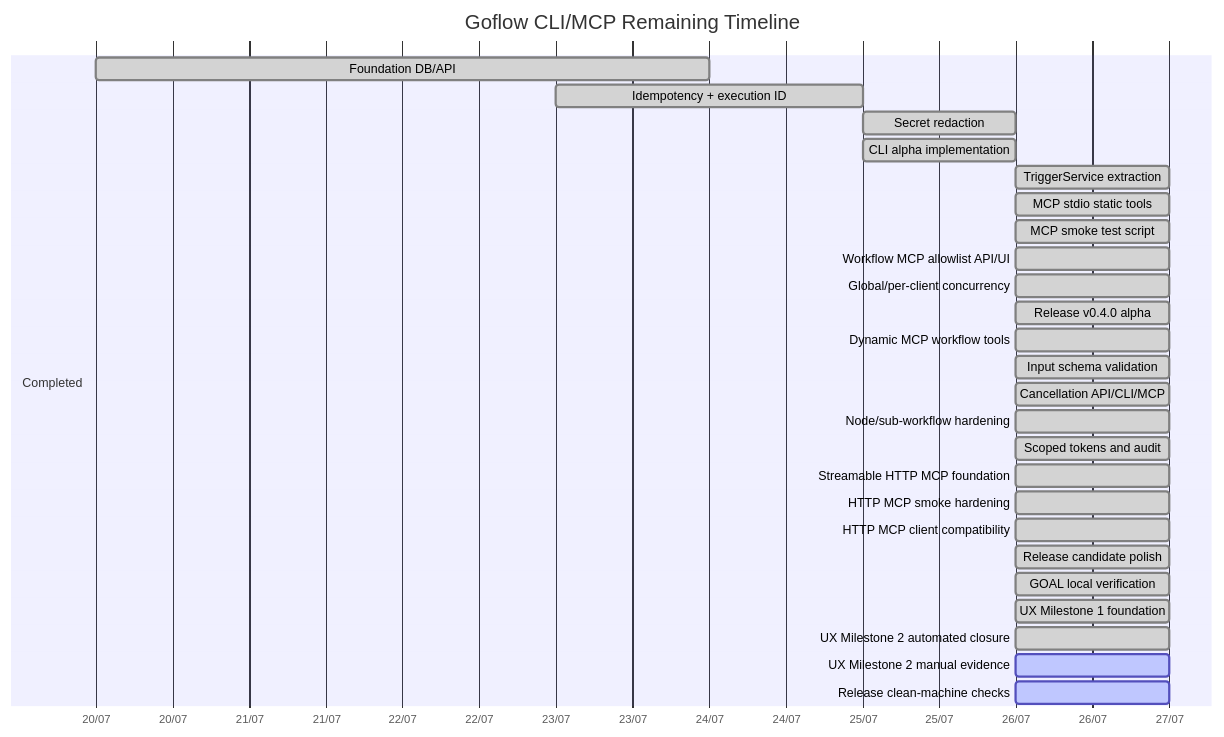
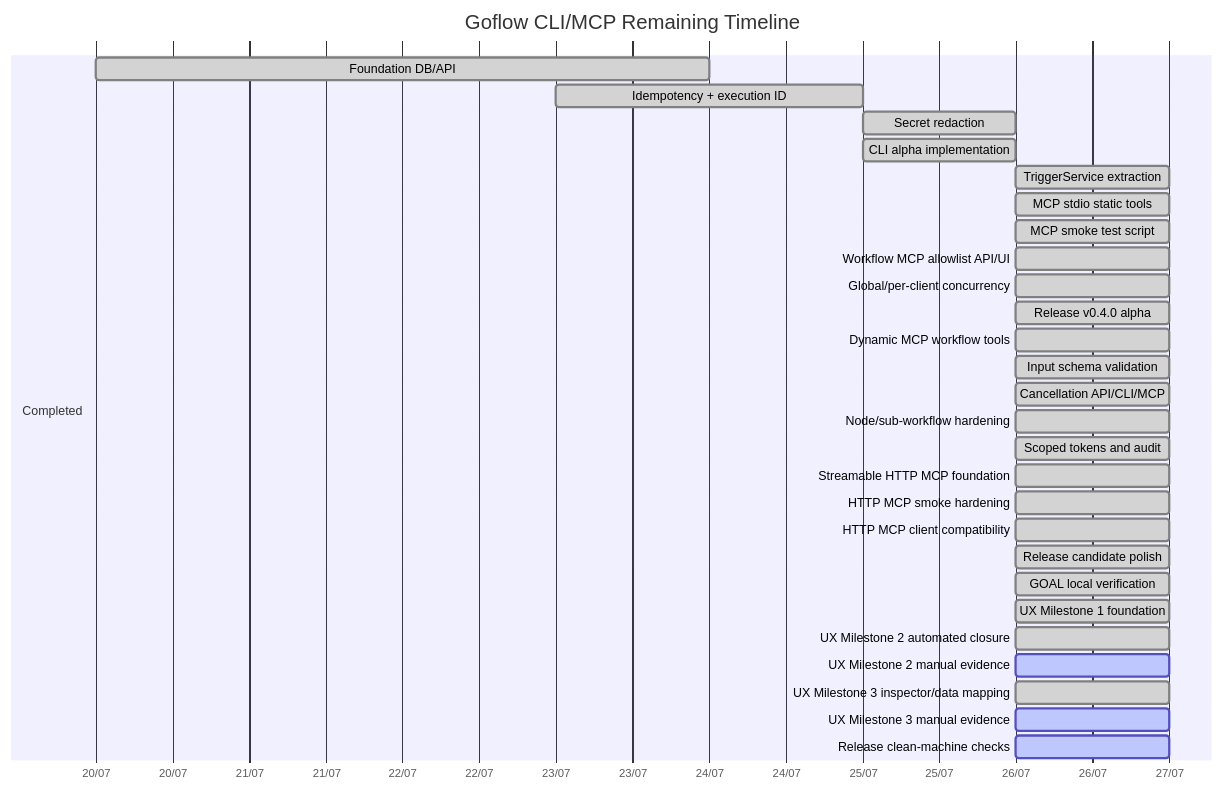
Before and after one commit to hstptcn5/Goflow: the second of 2 diagrams in ROADMAP_PROGRESS.md, drawn with Mermaid. The commit also changed other lines of this file and 30 other files, not shown here.

Commit message:
Complete UX milestone 3 inspector

````diff
--- a/ROADMAP_PROGRESS.md
+++ b/ROADMAP_PROGRESS.md
@@ -158,34 +184,36 @@
 ```mermaid
 gantt
     title Goflow CLI/MCP Remaining Timeline
     dateFormat  YYYY-MM-DD
     axisFormat  %d/%m
 
     section Completed
     Foundation DB/API             :done, f1, 2026-07-20, 4d
     Idempotency + execution ID     :done, f2, 2026-07-23, 2d
     Secret redaction               :done, f3, 2026-07-25, 1d
     CLI alpha implementation       :done, cli1, 2026-07-25, 1d
     TriggerService extraction      :done, svc1, 2026-07-26, 1d
     MCP stdio static tools         :done, mcp1, 2026-07-26, 1d
     MCP smoke test script          :done, mcp2, 2026-07-26, 1d
     Workflow MCP allowlist API/UI  :done, mcp3, 2026-07-26, 1d
     Global/per-client concurrency  :done, hard0, 2026-07-26, 1d
     Release v0.4.0 alpha           :done, rel1, 2026-07-26, 1d
     Dynamic MCP workflow tools     :done, mcp4, 2026-07-26, 1d
     Input schema validation        :done, mcp5, 2026-07-26, 1d
     Cancellation API/CLI/MCP       :done, hard2, 2026-07-26, 1d
     Node/sub-workflow hardening    :done, hard1, 2026-07-26, 1d
     Scoped tokens and audit        :done, sec1, 2026-07-26, 1d
 
     section Completed
     Streamable HTTP MCP foundation :done, http1, 2026-07-26, 1d
     HTTP MCP smoke hardening       :done, http2, 2026-07-26, 1d
     HTTP MCP client compatibility  :done, http3, 2026-07-26, 1d
     Release candidate polish       :done, rc1, 2026-07-26, 1d
     GOAL local verification        :done, goal1, 2026-07-26, 1d
     UX Milestone 1 foundation      :done, ux1, 2026-07-26, 1d
     UX Milestone 2 automated closure:done, ux2, 2026-07-26, 1d
     UX Milestone 2 manual evidence:active, ux2m, 2026-07-26, 1d
+    UX Milestone 3 inspector/data mapping:done, ux3, 2026-07-26, 1d
+    UX Milestone 3 manual evidence:active, ux3m, 2026-07-26, 1d
     Release clean-machine checks   :active, goal2, 2026-07-26, 1d
 ```
````
